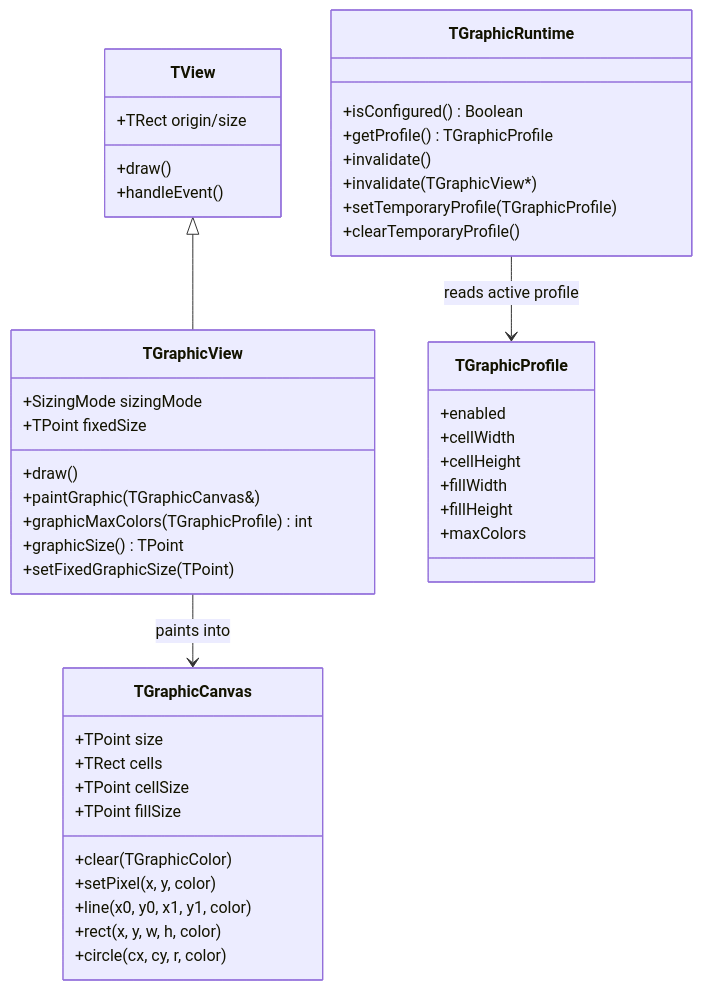
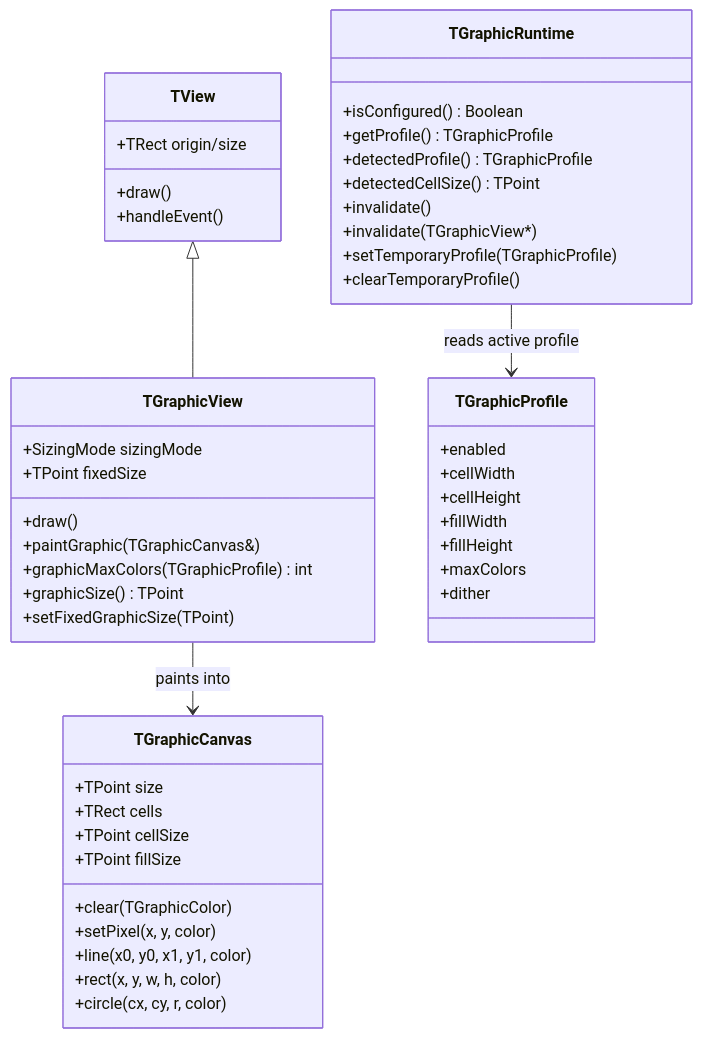
Before and after one commit to cklukas/tvision-sixel: the first of 8 diagrams in sixel/README.md, drawn with Mermaid. The commit also changed other lines of this file and 1 other file, not shown here.

````diff
--- a/sixel/README.md
+++ b/sixel/README.md
@@ -45,52 +47,55 @@
 ```mermaid
 classDiagram
     class TView {
         +TRect origin/size
         +draw()
         +handleEvent()
     }
 
     class TGraphicView {
         +SizingMode sizingMode
         +TPoint fixedSize
         +draw()
         +paintGraphic(TGraphicCanvas&)
         +graphicMaxColors(TGraphicProfile) int
         +graphicSize() TPoint
         +setFixedGraphicSize(TPoint)
     }
 
     class TGraphicCanvas {
         +TPoint size
         +TRect cells
         +TPoint cellSize
         +TPoint fillSize
         +clear(TGraphicColor)
         +setPixel(x, y, color)
         +line(x0, y0, x1, y1, color)
         +rect(x, y, w, h, color)
         +circle(cx, cy, r, color)
     }
 
     class TGraphicRuntime {
         +isConfigured() Boolean
         +getProfile() TGraphicProfile
+        +detectedProfile() TGraphicProfile
+        +detectedCellSize() TPoint
         +invalidate()
         +invalidate(TGraphicView*)
         +setTemporaryProfile(TGraphicProfile)
         +clearTemporaryProfile()
     }
 
     class TGraphicProfile {
         +enabled
         +cellWidth
         +cellHeight
         +fillWidth
         +fillHeight
         +maxColors
+        +dither
     }
 
     TView <|-- TGraphicView
     TGraphicView --> TGraphicCanvas : paints into
     TGraphicRuntime --> TGraphicProfile : reads active profile
 ```
````
